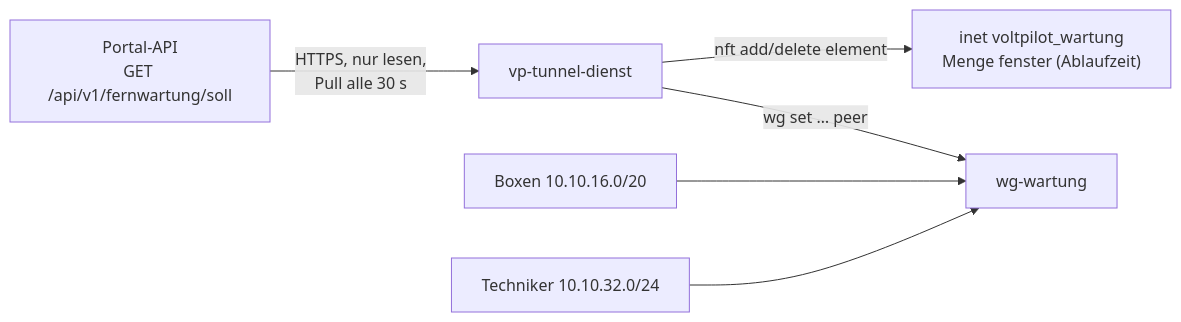
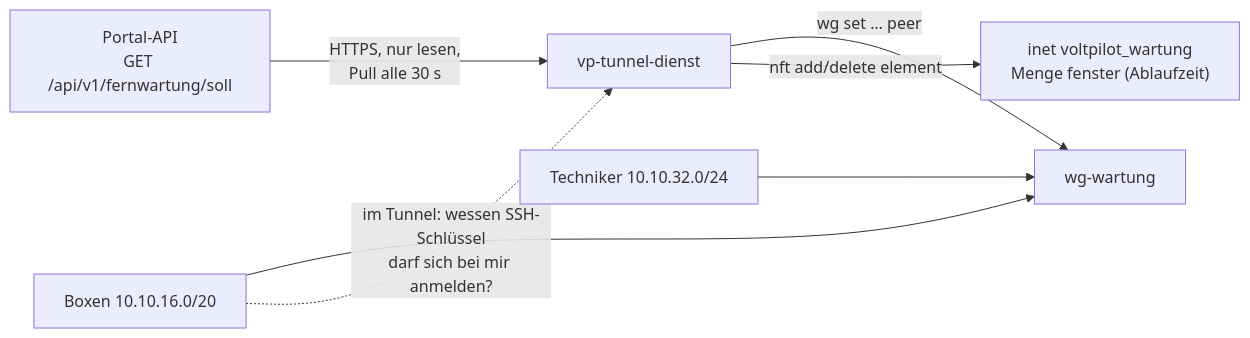
The diagram in services/tunnel-dienst/README.md (Rayleigh3105/voltpilot-ems), drawn with Mermaid before and after one commit. The commit also changed other lines of this file and 10 other files, not shown here.

First line of the commit message:
Tunnel-Dienst: Doku, Vertrag und Proben zur Schlüsselausgabe

````diff
--- a/services/tunnel-dienst/README.md
+++ b/services/tunnel-dienst/README.md
@@ -10,8 +11,9 @@
 ```mermaid
 flowchart LR
     api["Portal-API<br/>GET /api/v1/fernwartung/soll"] -->|"HTTPS, nur lesen,<br/>Pull alle 30 s"| dienst["vp-tunnel-dienst"]
     dienst -->|"wg set … peer"| wg["wg-wartung"]
     dienst -->|"nft add/delete element"| nft["inet voltpilot_wartung<br/>Menge fenster (Ablaufzeit)"]
     box["Boxen 10.10.16.0/20"] --> wg
+    box -.->|"im Tunnel: wessen SSH-Schlüssel<br/>darf sich bei mir anmelden?"| dienst
     tech["Techniker 10.10.32.0/24"] --> wg
 ```
````
